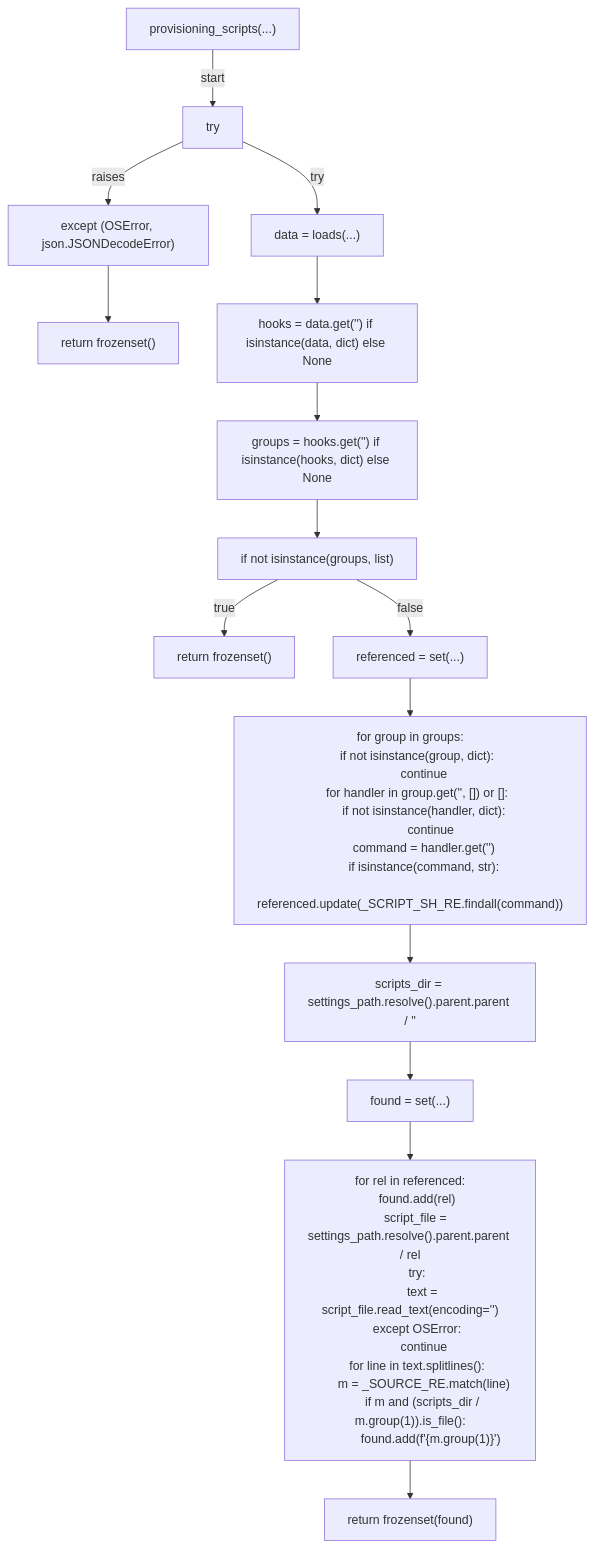
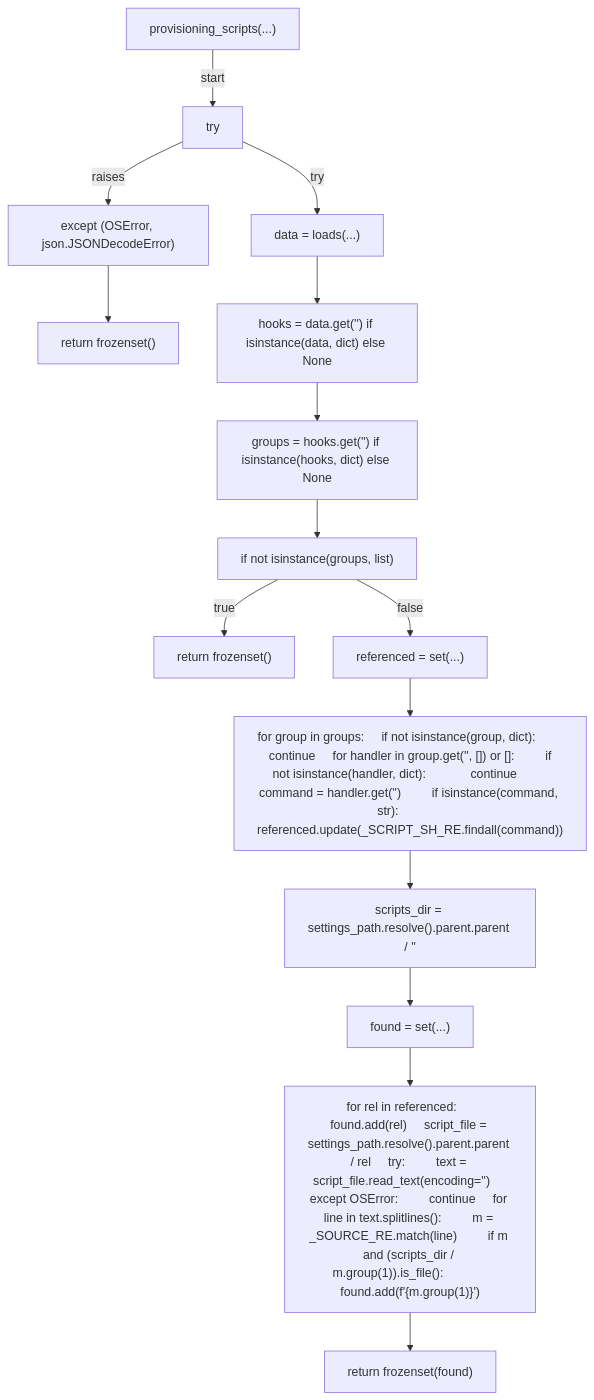
The third of 9 diagrams in docs/generated/scripts/ast/post_merge_new_session_prompt.md (tvna/claude-md), drawn with Mermaid before and after one commit. The commit also changed other lines of this file and 30 other files, not shown here.

First line of the commit message:
docs(generated): regenerate decision tree and workflow diagrams (batch 2/5)

````diff
--- a/docs/generated/scripts/ast/post_merge_new_session_prompt.md
+++ b/docs/generated/scripts/ast/post_merge_new_session_prompt.md
@@ -72,50 +57,32 @@
 ```mermaid
 flowchart TD
     N001["provisioning_scripts(...)"]
     N002["try"]
     N003["data = loads(...)"]
     N004["except (OSError, json.JSONDecodeError)"]
     N005["return frozenset()"]
     N006["hooks = data.get('<str>') if isinstance(data, dict) else None"]
     N007["groups = hooks.get('<str>') if isinstance(hooks, dict) else None"]
     N008["if not isinstance(groups, list)"]
     N009["return frozenset()"]
     N010["referenced = set(...)"]
-    N011["for group in groups:
-    if not isinstance(group, dict):
-        continue
-    for handler in group.get('<str>', []) or []:
-        if not isinstance(handler, dict):
-            continue
-        command = handler.get('<str>')
-        if isinstance(command, str):
-            referenced.update(_SCRIPT_SH_RE.findall(command))"]
+    N011["for group in groups:     if not isinstance(group, dict):         continue     for handler in group.get('<str>', []) or []:         if not isinstance(handler, dict):             continue         command = handler.get('<str>')         if isinstance(command, str):             referenced.update(_SCRIPT_SH_RE.findall(command))"]
     N012["scripts_dir = settings_path.resolve().parent.parent / '<str>'"]
     N013["found = set(...)"]
-    N014["for rel in referenced:
-    found.add(rel)
-    script_file = settings_path.resolve().parent.parent / rel
-    try:
-        text = script_file.read_text(encoding='<str>')
-    except OSError:
-        continue
-    for line in text.splitlines():
-        m = _SOURCE_RE.match(line)
-        if m and (scripts_dir / m.group(1)).is_file():
-            found.add(f'<str>{m.group(1)}')"]
+    N014["for rel in referenced:     found.add(rel)     script_file = settings_path.resolve().parent.parent / rel     try:         text = script_file.read_text(encoding='<str>')     except OSError:         continue     for line in text.splitlines():         m = _SOURCE_RE.match(line)         if m and (scripts_dir / m.group(1)).is_file():             found.add(f'<str>{m.group(1)}')"]
     N015["return frozenset(found)"]
     N001 -->|"start"| N002
     N002 -->|"try"| N003
     N002 -->|"raises"| N004
     N004 --> N005
     N003 --> N006
     N006 --> N007
     N007 --> N008
     N008 -->|"true"| N009
     N008 -->|"false"| N010
     N010 --> N011
     N011 --> N012
     N012 --> N013
     N013 --> N014
     N014 --> N015
 ```
````
